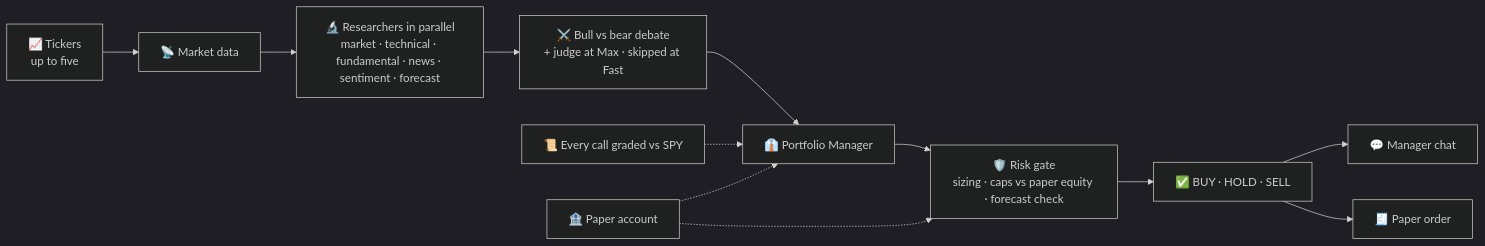
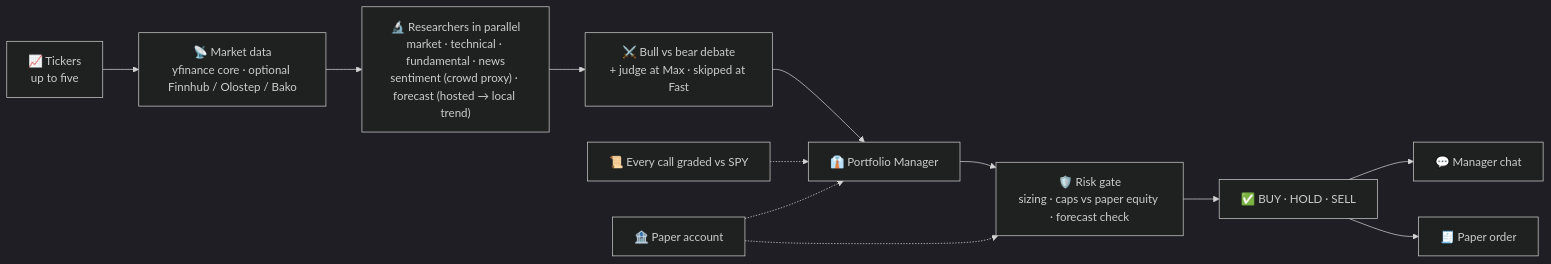
The diagram in README.md (ameyamg/BetterTradingAgents), drawn with Mermaid (dark theme) before and after one commit.

Commit message:
README: diagram names the real data stack (yfinance core, optional providers, proxy and trend fallbacks)

````diff
--- a/README.md
+++ b/README.md
@@ -51,14 +51,14 @@
 ```mermaid
 flowchart LR
-    T["📈 Tickers<br/>up to five"] --> D["📡 Market data"]
-    D --> S["🔬 Researchers in parallel<br/>market · technical · fundamental · news · sentiment · forecast"]
+    T["📈 Tickers<br/>up to five"] --> D["📡 Market data<br/>yfinance core · optional Finnhub / Olostep / Bako"]
+    D --> S["🔬 Researchers in parallel<br/>market · technical · fundamental · news<br/>sentiment (crowd proxy) · forecast (hosted → local trend)"]
     S --> B["⚔️ Bull vs bear debate<br/>+ judge at Max · skipped at Fast"]
     B --> PM["👔 Portfolio Manager"]
     TR["📜 Every call graded vs SPY"] -.-> PM
     PA["🏦 Paper account"] -.-> PM
     PM --> RG["🛡️ Risk gate<br/>sizing · caps vs paper equity · forecast check"]
     PA -.-> RG
     RG --> OUT["✅ BUY · HOLD · SELL"]
     OUT --> C["💬 Manager chat"]
     OUT --> O["🧾 Paper order"]
 ```
````
